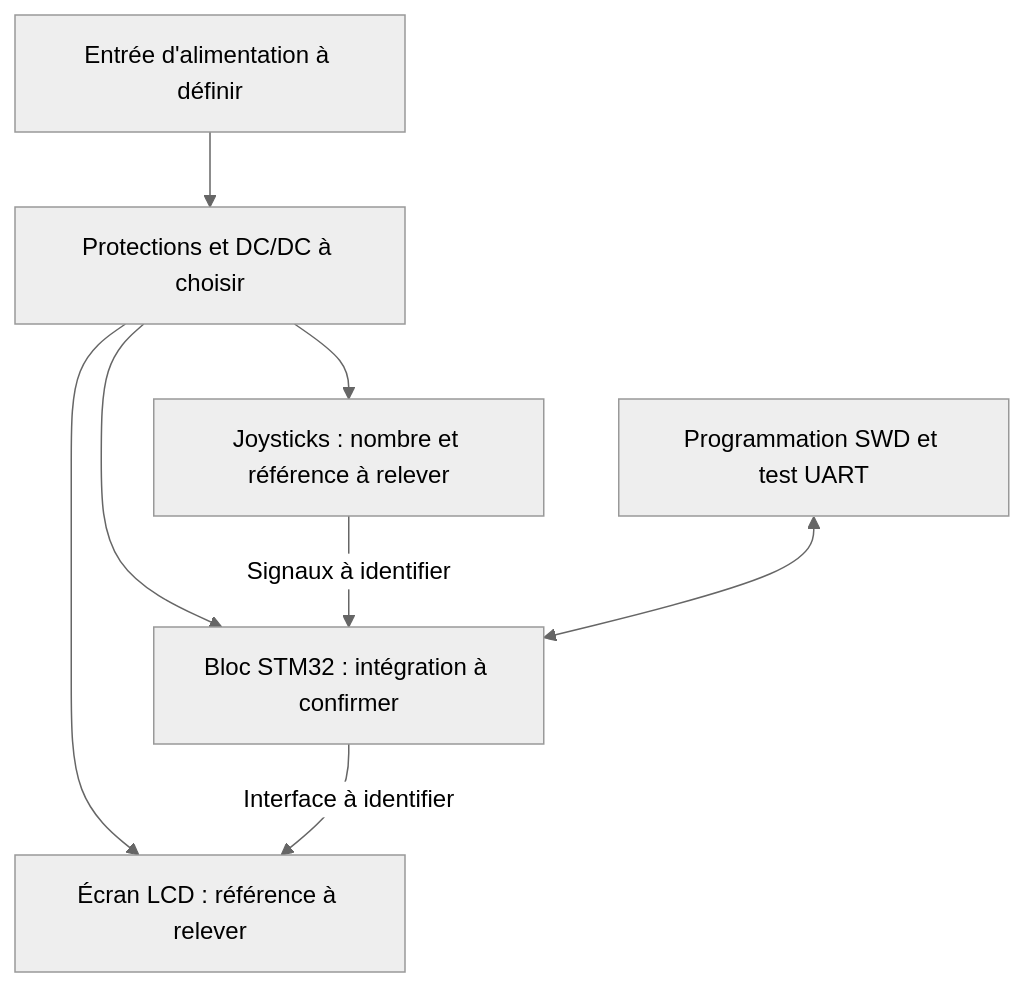
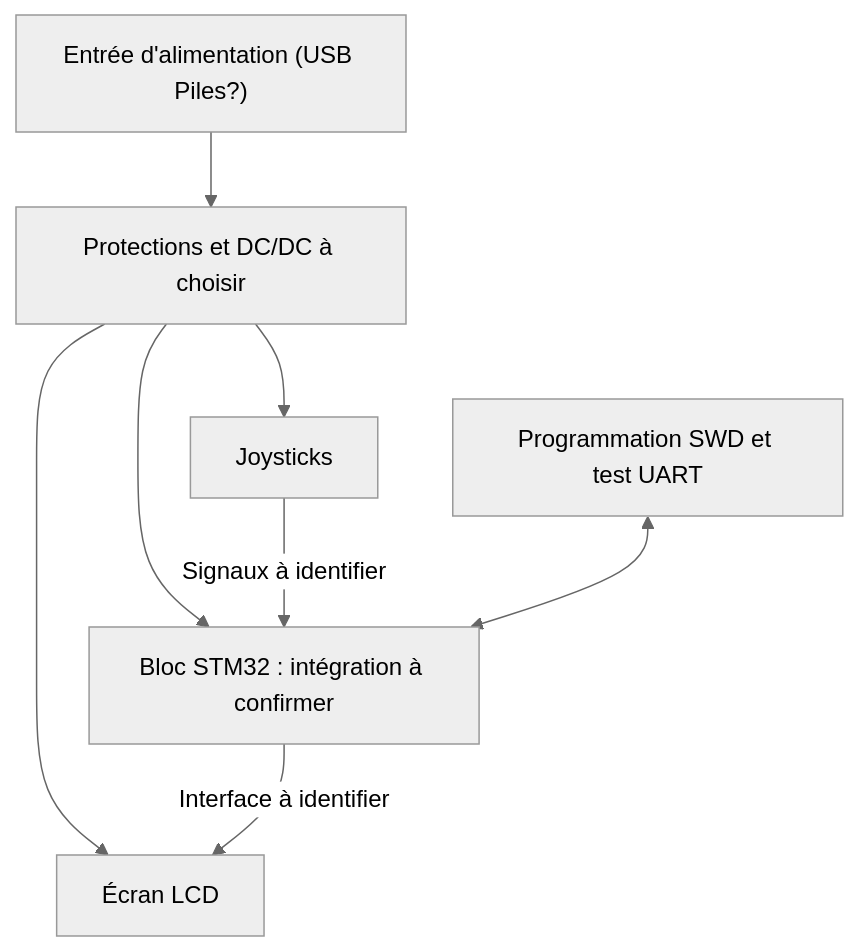
Before and after one commit to anir377/MiniController_STM32: the diagram in Documents/02-Architecture-Diagrammes/MiniConsole_architecture.md, drawn with Mermaid (neutral theme).

````diff
--- a/Documents/02-Architecture-Diagrammes/MiniConsole_architecture.md
+++ b/Documents/02-Architecture-Diagrammes/MiniConsole_architecture.md
@@ -5,10 +5,10 @@
 ```mermaid
 flowchart TB
-    P["Entrée d'alimentation à définir"] --> A["Protections et DC/DC à choisir"]
+    P["Entrée d'alimentation (USB Piles?) "] --> A["Protections et DC/DC à choisir"]
     A --> M["Bloc STM32 : intégration à confirmer"]
-    A --> L["Écran LCD : référence à relever"]
-    A --> J["Joysticks : nombre et référence à relever"]
+    A --> L["Écran LCD "]
+    A --> J["Joysticks "]
     J -->|"Signaux à identifier"| M
     M -->|"Interface à identifier"| L
     D["Programmation SWD et test UART"] <--> M
 ```
````
